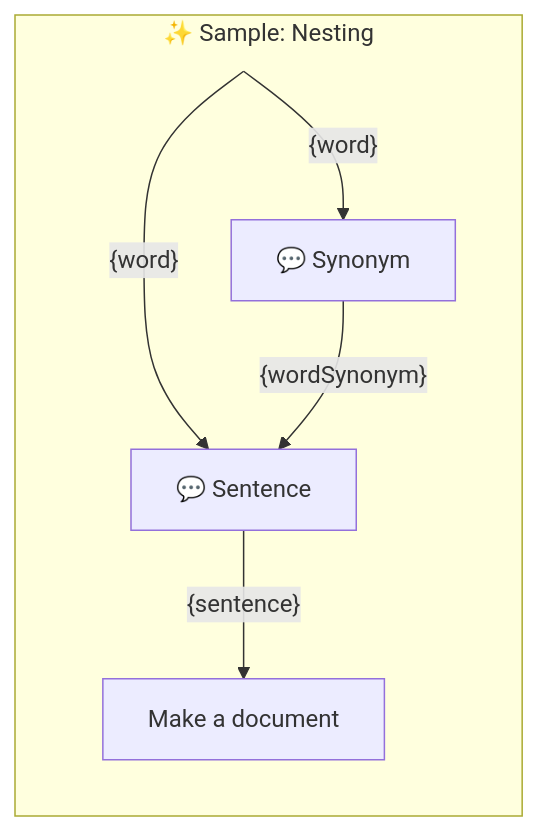
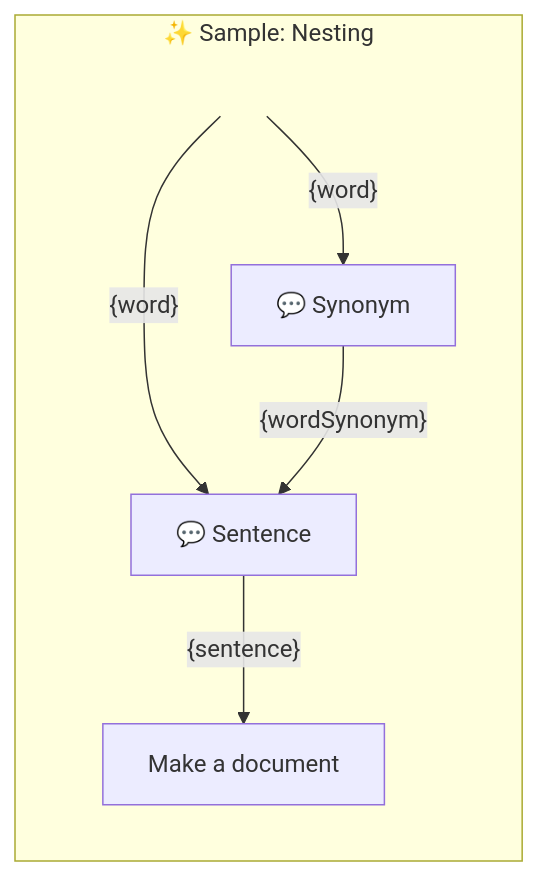
Before and after one commit to webgptorg/promptbook: the diagram in samples/templates/50-nesting.ptbk.md, drawn with Mermaid. The commit also changed 16 other files, not shown here.

Commit message:
Auto-generated Mermaid graphs of promptboks

````diff
--- a/samples/templates/50-nesting.ptbk.md
+++ b/samples/templates/50-nesting.ptbk.md
@@ -15,21 +15,21 @@
 ```mermaid
 %% 🔮 Tip: Open this on GitHub or in the VSCode website to see the Mermaid graph visually
 
 flowchart LR
   subgraph "✨ Sample: Nesting"
 
       direction TB
 
-      input[Input]:::hidden
+      input[<!--Input-->]:::hidden
       templateSynonym[💬 Synonym]
       input--"{word}"-->templateSynonym
       templateSentence[💬 Sentence]
       input--"{word}"-->templateSentence
       templateSynonym--"{wordSynonym}"-->templateSentence
       templateMakeADocument[Make a document]
       templateSentence--"{sentence}"-->templateMakeADocument
 
-      classDef hidden display: none;
+      classDef hidden visibility: hidden;
 
   end;
 ```
````
